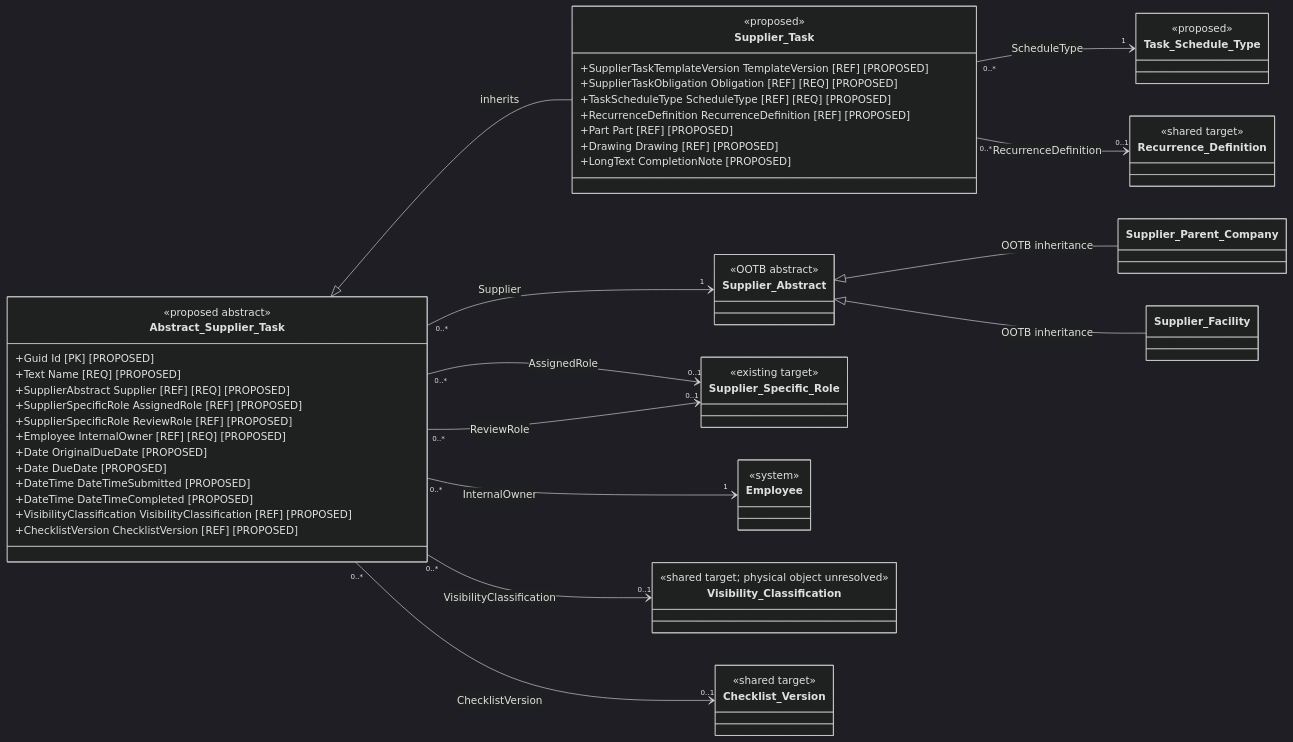
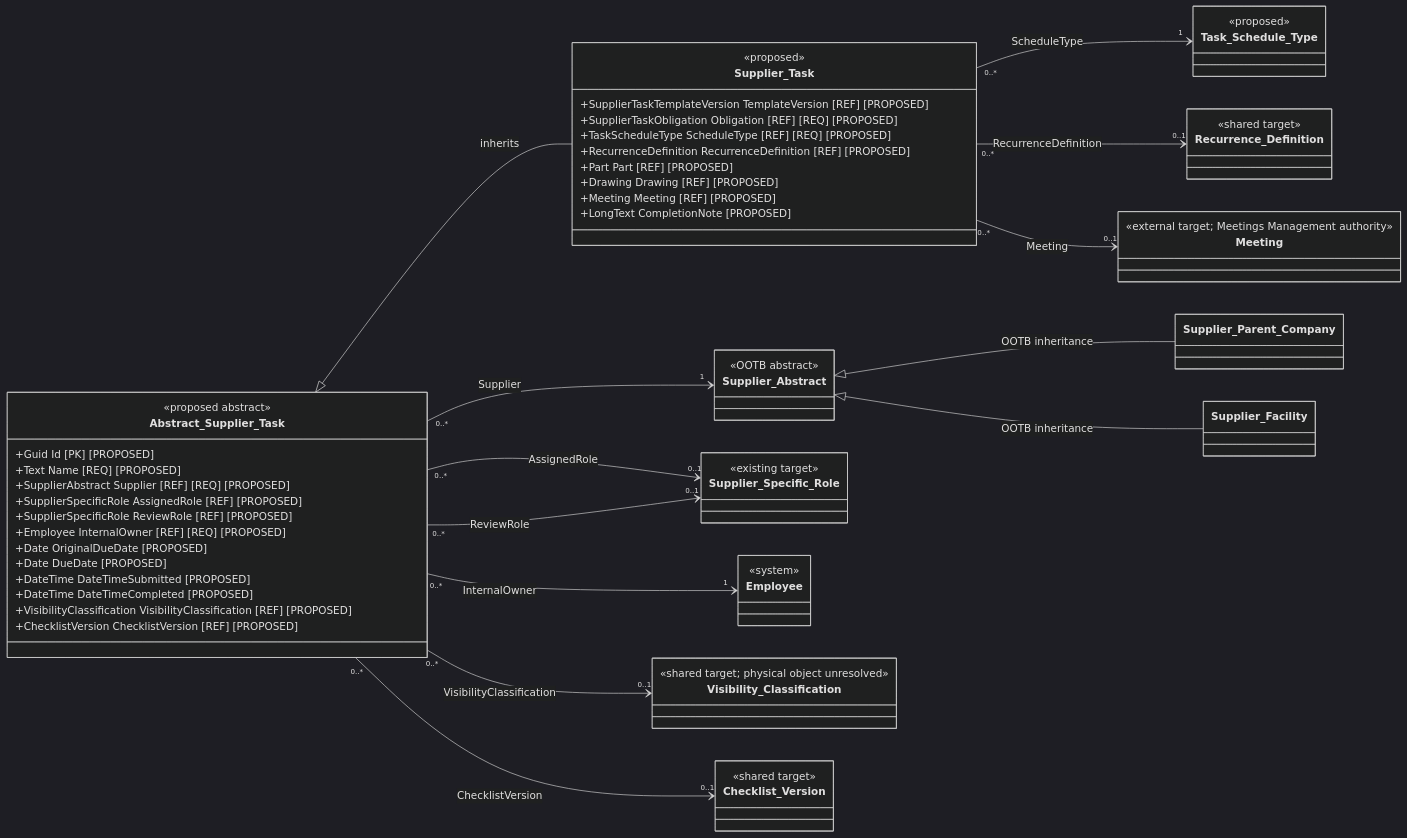
The first of 3 diagrams in docs/phase 2/supplier-relationship-management/solution_specification/object_model/supplier-tasks-technical-specification.md (Summit-EHSQ/subaru), drawn with Mermaid (dark theme) before and after one commit. The commit also changed other lines of this file and 1 other file, not shown here.

Commit message:
docs: reconcile supplier surveys and tasks with ADRs

````diff
--- a/docs/phase 2/supplier-relationship-management/solution_specification/object_model/supplier-tasks-technical-specification.md
+++ b/docs/phase 2/supplier-relationship-management/solution_specification/object_model/supplier-tasks-technical-specification.md
@@ -119,68 +125,73 @@
 ```mermaid
 classDiagram
 direction LR
 
 class Abstract_Supplier_Task {
   <<proposed abstract>>
   +Guid Id [PK] [PROPOSED]
   +Text Name [REQ] [PROPOSED]
   +SupplierAbstract Supplier [REF] [REQ] [PROPOSED]
   +SupplierSpecificRole AssignedRole [REF] [PROPOSED]
   +SupplierSpecificRole ReviewRole [REF] [PROPOSED]
   +Employee InternalOwner [REF] [REQ] [PROPOSED]
   +Date OriginalDueDate [PROPOSED]
   +Date DueDate [PROPOSED]
   +DateTime DateTimeSubmitted [PROPOSED]
   +DateTime DateTimeCompleted [PROPOSED]
   +VisibilityClassification VisibilityClassification [REF] [PROPOSED]
   +ChecklistVersion ChecklistVersion [REF] [PROPOSED]
 }
 
 class Supplier_Task {
   <<proposed>>
   +SupplierTaskTemplateVersion TemplateVersion [REF] [PROPOSED]
   +SupplierTaskObligation Obligation [REF] [REQ] [PROPOSED]
   +TaskScheduleType ScheduleType [REF] [REQ] [PROPOSED]
   +RecurrenceDefinition RecurrenceDefinition [REF] [PROPOSED]
   +Part Part [REF] [PROPOSED]
   +Drawing Drawing [REF] [PROPOSED]
+  +Meeting Meeting [REF] [PROPOSED]
   +LongText CompletionNote [PROPOSED]
 }
 
 class Supplier_Abstract {
   <<OOTB abstract>>
 }
 class Supplier_Parent_Company
 class Supplier_Facility
 class Supplier_Specific_Role {
   <<existing target>>
 }
 class Employee {
   <<system>>
 }
 class Visibility_Classification {
   <<shared target; physical object unresolved>>
 }
 class Checklist_Version {
   <<shared target>>
 }
 class Task_Schedule_Type {
   <<proposed>>
 }
 class Recurrence_Definition {
   <<shared target>>
 }
+class Meeting {
+  <<external target; Meetings Management authority>>
+}
 
 Abstract_Supplier_Task <|-- Supplier_Task : inherits
 Supplier_Abstract <|-- Supplier_Parent_Company : OOTB inheritance
 Supplier_Abstract <|-- Supplier_Facility : OOTB inheritance
 
 Abstract_Supplier_Task "0..*" --> "1" Supplier_Abstract : Supplier
 Abstract_Supplier_Task "0..*" --> "0..1" Supplier_Specific_Role : AssignedRole
 Abstract_Supplier_Task "0..*" --> "0..1" Supplier_Specific_Role : ReviewRole
 Abstract_Supplier_Task "0..*" --> "1" Employee : InternalOwner
 Abstract_Supplier_Task "0..*" --> "0..1" Visibility_Classification : VisibilityClassification
 Abstract_Supplier_Task "0..*" --> "0..1" Checklist_Version : ChecklistVersion
 Supplier_Task "0..*" --> "1" Task_Schedule_Type : ScheduleType
 Supplier_Task "0..*" --> "0..1" Recurrence_Definition : RecurrenceDefinition
+Supplier_Task "0..*" --> "0..1" Meeting : Meeting
 ```
````
